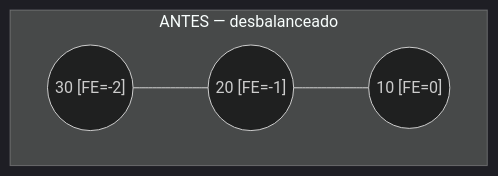
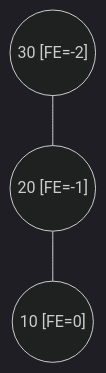
One commit to frijolitobandido/Guia_Matematica_Discreta changed diagram 16 of 34 in 03-arboles.md. Above: the diagram before and after it, drawn with Mermaid (dark theme). The commit also changed other lines of this file, not shown here.

````diff
--- a/03-arboles.md
+++ b/03-arboles.md
@@ -495,7 +508,5 @@
 ```mermaid
 graph TD
-    subgraph Antes["ANTES — desbalanceado"]
-        a1(("30 [FE=-2]")) --- a2(("20 [FE=-1]"))
-        a2 --- a3(("10 [FE=0]"))
-    end
+    a1(("30 [FE=-2]")) --- a2(("20 [FE=-1]"))
+    a2 --- a3(("10 [FE=0]"))
 ```
````
